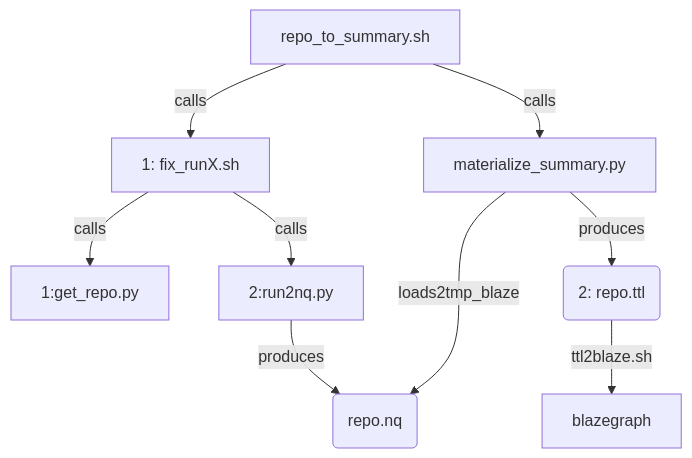
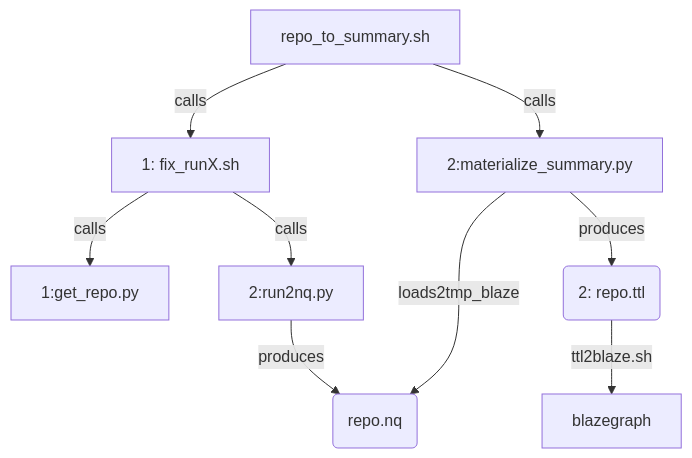
The diagram in summarize/docs/call.md (earthcube/earthcube_utilities), drawn with Mermaid before and after one commit.

Commit message:
Update call.md
can call/pick up from already run/available repo.nq but if run from top will do the fix then the summarize

````diff
--- a/summarize/docs/call.md
+++ b/summarize/docs/call.md
@@ -5,9 +5,9 @@
 ```mermaid
 flowchart TD;
 R2S[repo_to_summary.sh]  -- calls --> G[1: fix_runX.sh];
 G -- calls --> gr[1:get_repo.py]
 G -- calls --> r2n[2:run2nq.py];
 r2n -- produces --> nq(repo.nq);
-R2S -- calls -->  F2[materialize_summary.py] -- loads2tmp_blaze --> nq;
+R2S -- calls -->  F2[2:materialize_summary.py] -- loads2tmp_blaze --> nq;
 F2 -- produces --> RT(2: repo.ttl) -- ttl2blaze.sh --> B[blazegraph];
 ```
````
